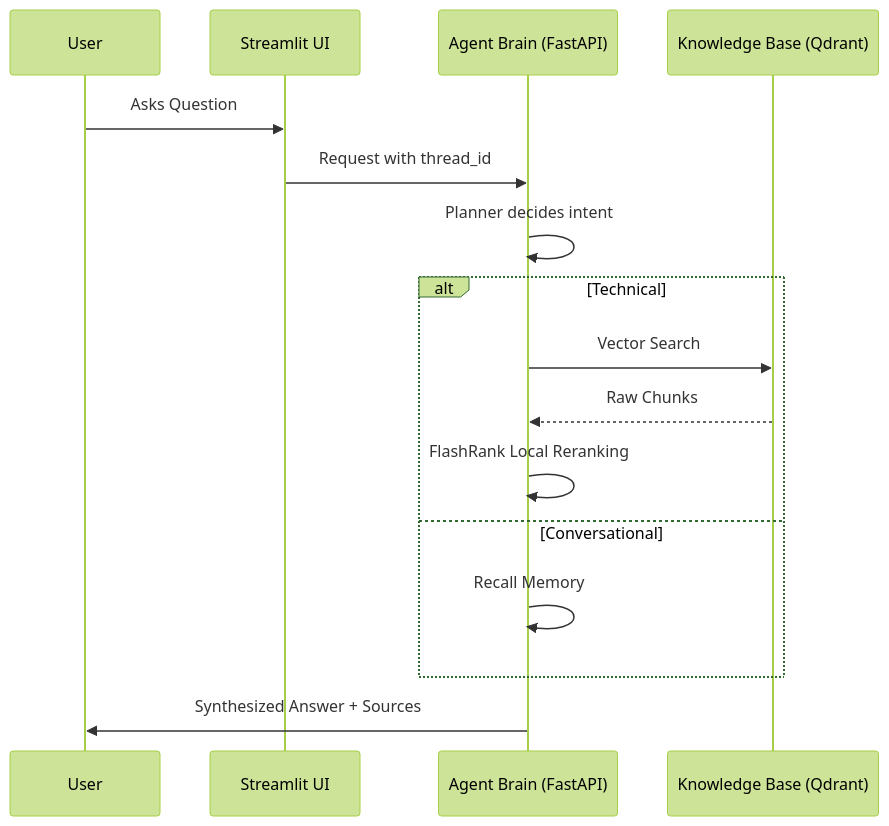
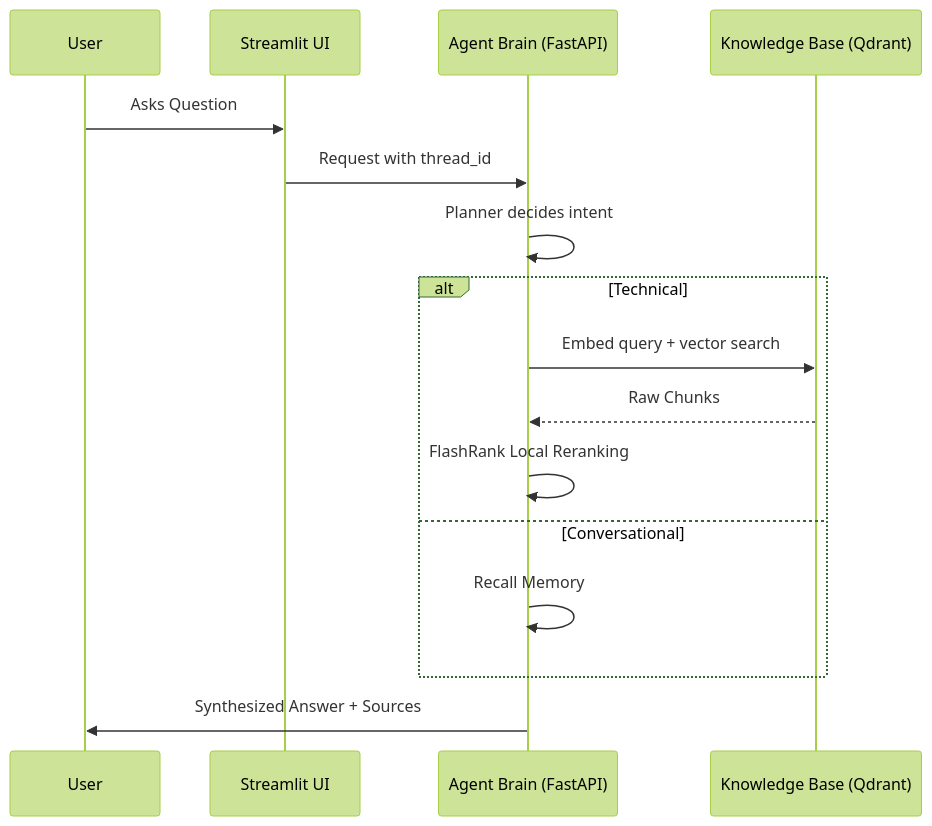
The diagram in DOCS/01_SYSTEM_OVERVIEW.md (krunalp1908/Build-Production-Grade-RAG---Application), drawn with Mermaid (forest theme) before and after one commit. The commit also changed other lines of this file and 12 other files, not shown here.

````diff
--- a/DOCS/01_SYSTEM_OVERVIEW.md
+++ b/DOCS/01_SYSTEM_OVERVIEW.md
@@ -17,19 +17,19 @@
 ```mermaid
 sequenceDiagram
     participant User
     participant UI as Streamlit UI
     participant Agent as Agent Brain (FastAPI)
     participant Data as Knowledge Base (Qdrant)
 
     User->>UI: Asks Question
     UI->>Agent: Request with thread_id
     Agent->>Agent: Planner decides intent
     alt Technical
-        Agent->>Data: Vector Search
+        Agent->>Data: Embed query + vector search
         Data-->>Agent: Raw Chunks
         Agent->>Agent: FlashRank Local Reranking
     else Conversational
         Agent->>Agent: Recall Memory
     end
     Agent->>User: Synthesized Answer + Sources
 ```
````
